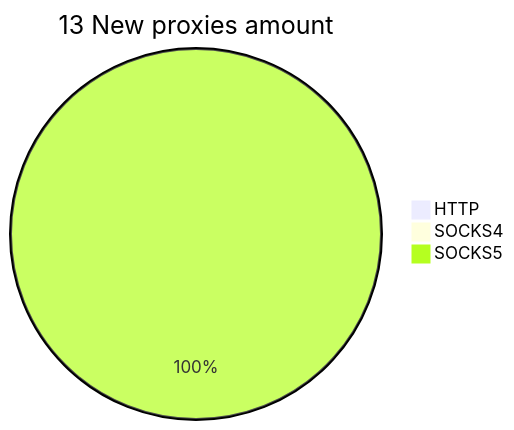
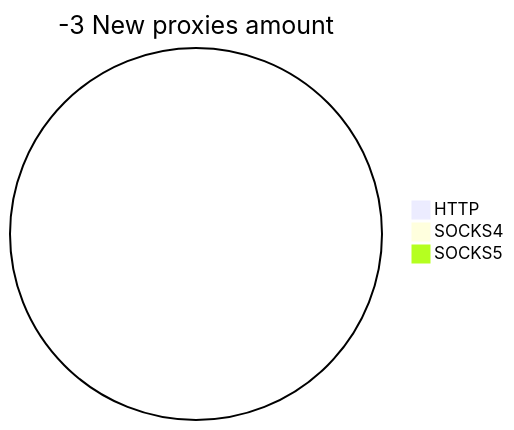
Before and after one commit to cutipu/proxylist: the second of 2 diagrams in README.md, drawn with Mermaid. The commit also changed other lines of this file, not shown here.

````diff
--- a/README.md
+++ b/README.md
@@ -10,6 +10,6 @@
 ```mermaid
-pie title 13 New proxies amount
+pie title -3 New proxies amount
     "HTTP" : 0
     "SOCKS4" : 0
-    "SOCKS5" : 61
+    "SOCKS5" : 0
 ```
````
